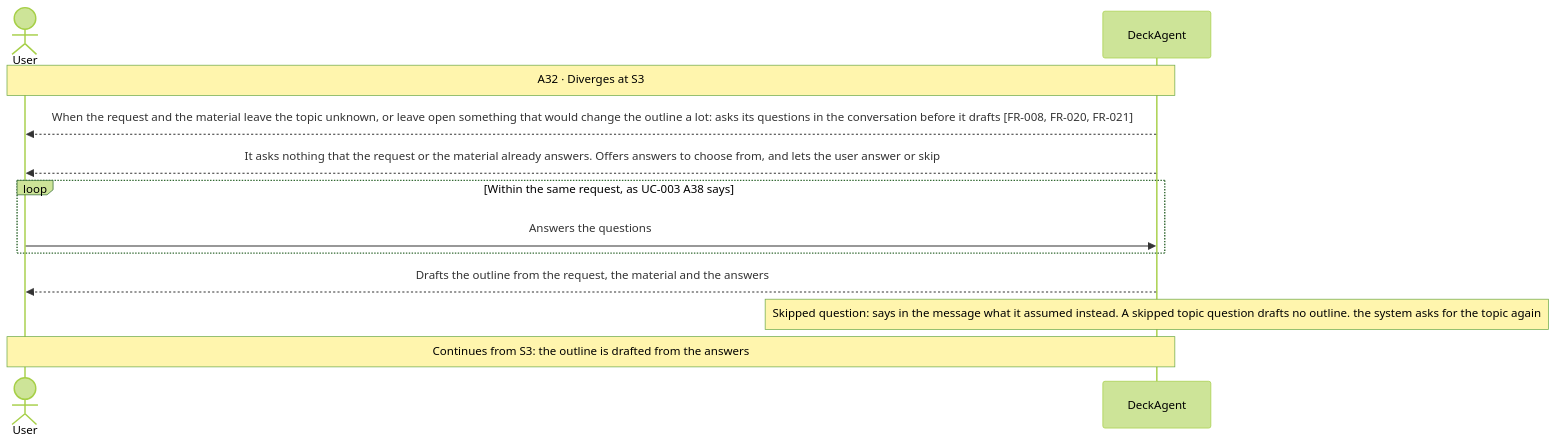
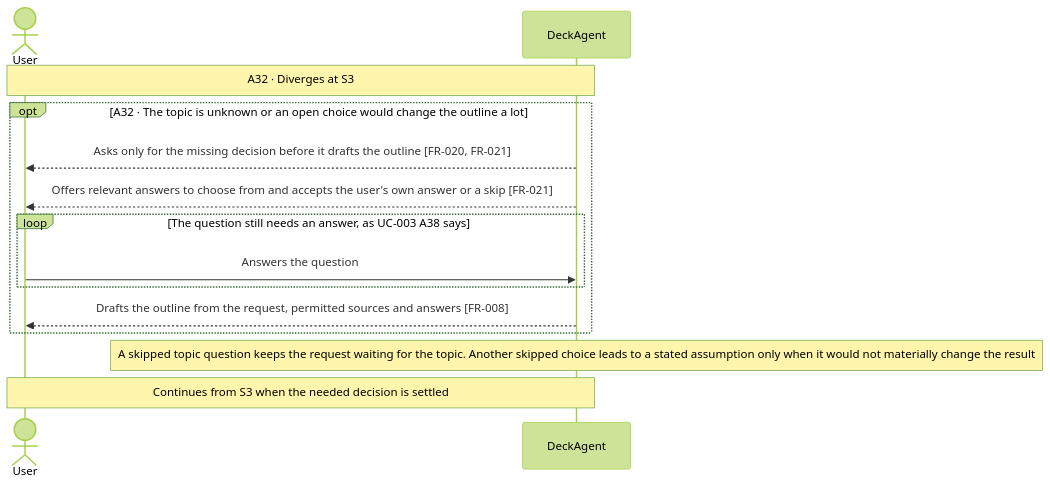
One commit to Luke23127006/DeckAgent changed diagram 16 of 23 in docs/spec/03-use-cases/UC-001.md. Above: the diagram before and after it, drawn with Mermaid (forest theme). The commit also changed other lines of this file and 9 other files, not shown here.

````diff
--- a/docs/spec/03-use-cases/UC-001.md
+++ b/docs/spec/03-use-cases/UC-001.md
@@ -276,14 +276,16 @@
 ```mermaid
 sequenceDiagram
     actor User
     participant DeckAgent
     Note over User,DeckAgent: A32 · Diverges at S3
-    DeckAgent-->>User: When the request and the material leave the topic unknown, or leave open something that would change the outline a lot: asks its questions in the conversation before it drafts [FR-008, FR-020, FR-021]
-    DeckAgent-->>User: It asks nothing that the request or the material already answers. Offers answers to choose from, and lets the user answer or skip
-    loop Within the same request, as UC-003 A38 says
-        User->>DeckAgent: Answers the questions
+    opt A32 · The topic is unknown or an open choice would change the outline a lot
+        DeckAgent-->>User: Asks only for the missing decision before it drafts the outline [FR-020, FR-021]
+        DeckAgent-->>User: Offers relevant answers to choose from and accepts the user's own answer or a skip [FR-021]
+        loop The question still needs an answer, as UC-003 A38 says
+            User->>DeckAgent: Answers the question
+        end
+        DeckAgent-->>User: Drafts the outline from the request, permitted sources and answers [FR-008]
     end
-    DeckAgent-->>User: Drafts the outline from the request, the material and the answers
-    note over DeckAgent: Skipped question: says in the message what it assumed instead. A skipped topic question drafts no outline. the system asks for the topic again
-    Note over User,DeckAgent: Continues from S3: the outline is drafted from the answers
+    note over DeckAgent: A skipped topic question keeps the request waiting for the topic. Another skipped choice leads to a stated assumption only when it would not materially change the result
+    Note over User,DeckAgent: Continues from S3 when the needed decision is settled
 ```
````
